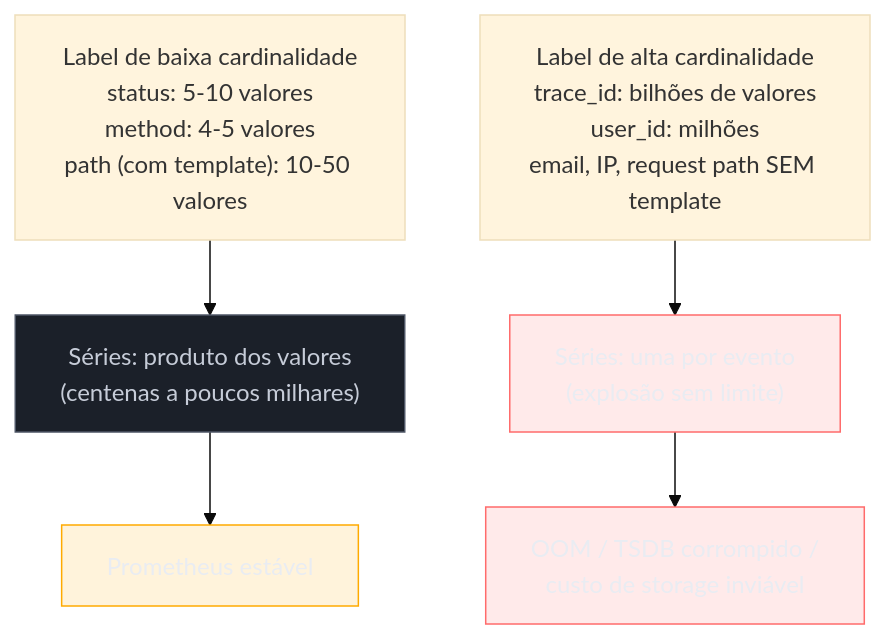
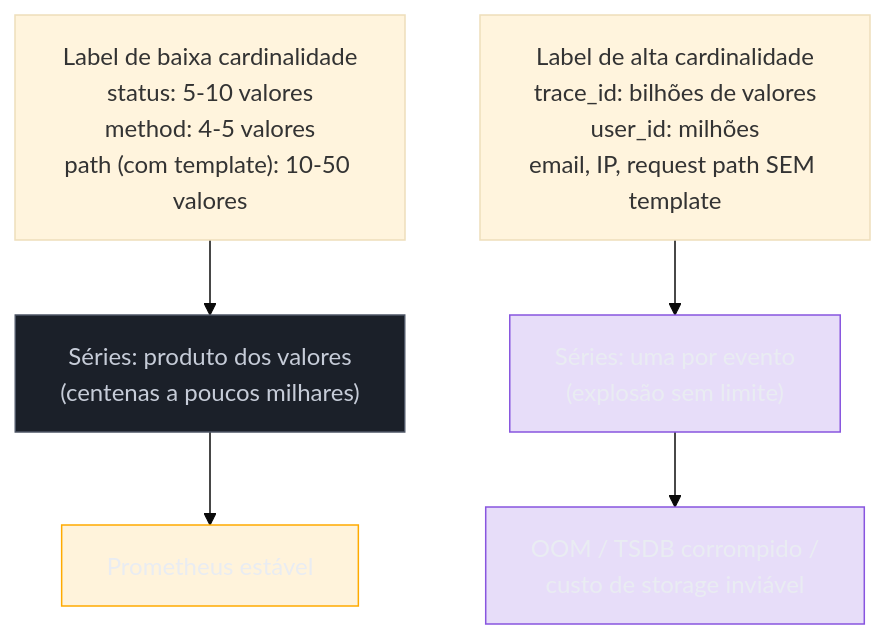
One commit to josenaldo/codex-technomanticus changed the second of 2 diagrams in 03-Dominios/Tecnologia/Go/16 - Observabilidade/08 - Observabilidade em produção.md. Above: the diagram before and after it, drawn with Mermaid (base theme). The commit also changed 601 other files, not shown here.

````diff
--- a/03-Dominios/Tecnologia/Go/16 - Observabilidade/08 - Observabilidade em produção.md
+++ b/03-Dominios/Tecnologia/Go/16 - Observabilidade/08 - Observabilidade em produção.md
@@ -112,16 +112,16 @@
 ```mermaid
 flowchart TB
+    classDef marca fill:#8855DF33,stroke:#8855DF,color:#E9ECF2
     classDef neutro fill:#1B2029,stroke:#4E5666,color:#C6CCD8
-    classDef falha fill:#FF6B6B24,stroke:#FF6B6B,color:#E9ECF2
     classDef destaque fill:#FFAA0024,stroke:#FFAA00,color:#E9ECF2
     A["Label de baixa cardinalidade\nstatus: 5-10 valores\nmethod: 4-5 valores\npath (com template): 10-50 valores"] --> B["Séries: produto dos valores\n(centenas a poucos milhares)"]
     C["Label de alta cardinalidade\ntrace_id: bilhões de valores\nuser_id: milhões\nemail, IP, request path SEM template"] --> D["Séries: uma por evento\n(explosão sem limite)"]
 
     B --> E["Prometheus estável"]
     D --> F["OOM / TSDB corrompido /\ncusto de storage inviável"]
 
     class B neutro
-    class D falha
+    class D marca
     class E destaque
-    class F falha
+    class F marca
 ```
````
